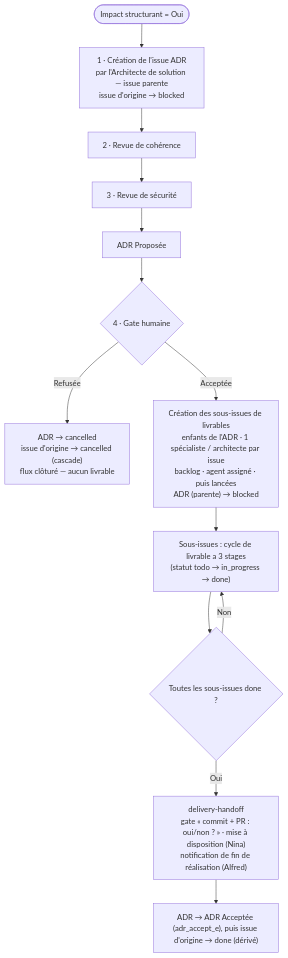
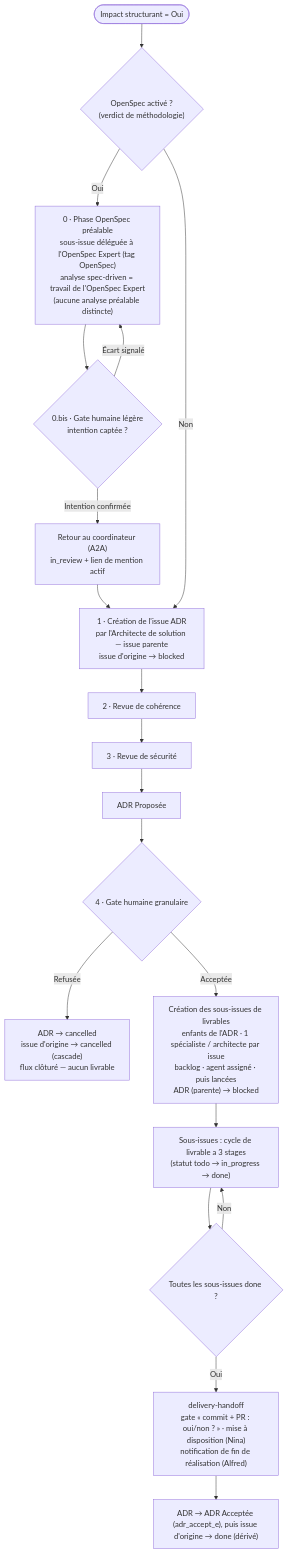
One commit to Gsyltc/homelab-portfolio changed the diagram in core/common/stages/inception/deliverables-breakdown.md. Above: the diagram before and after it, drawn with Mermaid. The commit also changed other lines of this file and 2 other files, not shown here.

First line of the commit message:
feat(core): phase OpenSpec préalable conditionnelle avant l'ADR (ORIG-296)

````diff
--- a/core/common/stages/inception/deliverables-breakdown.md
+++ b/core/common/stages/inception/deliverables-breakdown.md
@@ -50,15 +52,21 @@
 ```mermaid
 flowchart TD
-    Start([Impact structurant = Oui]) --> A1
+    Start([Impact structurant = Oui]) --> Meth{"OpenSpec activé ?<br/>(verdict de méthodologie)"}
+    Meth -->|Oui| OS["0 · Phase OpenSpec préalable<br/>sous-issue déléguée à l'OpenSpec Expert (tag OpenSpec)<br/>analyse spec-driven = travail de l'OpenSpec Expert<br/>(aucune analyse préalable distincte)"]
+    OS --> LGate{"0.bis · Gate humaine légère<br/>intention captée ?"}
+    LGate -->|Écart signalé| OS
+    LGate -->|Intention confirmée| Ret["Retour au coordinateur (A2A)<br/>in_review + lien de mention actif"]
+    Ret --> A1
+    Meth -->|Non| A1
     A1["1 · Création de l'issue ADR<br/>par l'Architecte de solution — issue parente<br/>issue d'origine → blocked"] --> A2
     A2["2 · Revue de cohérence"] --> A3
     A3["3 · Revue de sécurité"] --> Prop["ADR Proposée"]
-    Prop --> Gate{"4 · Gate humaine"}
+    Prop --> Gate{"4 · Gate humaine granulaire"}
     Gate -->|Refusée| KO["ADR → cancelled<br/>issue d'origine → cancelled (cascade)<br/>flux clôturé — aucun livrable"]
     Gate -->|Acceptée| Issues["Création des sous-issues de livrables<br/>enfants de l'ADR · 1 spécialiste / architecte par issue<br/>backlog · agent assigné · puis lancées<br/>ADR (parente) → blocked"]
     Issues --> Run["Sous-issues : cycle de livrable a 3 stages<br/>(statut todo → in_progress → done)"]
     Run --> Check{"Toutes les sous-issues done ?"}
     Check -->|Non| Run
     Check -->|Oui| DH["delivery-handoff<br/>gate « commit + PR : oui/non ? » · mise à disposition (Nina)<br/>notification de fin de réalisation (Alfred)"]
     DH --> Done["ADR → ADR Acceptée (adr_accept_e), puis issue d'origine → done (dérivé)"]
 ```
````
